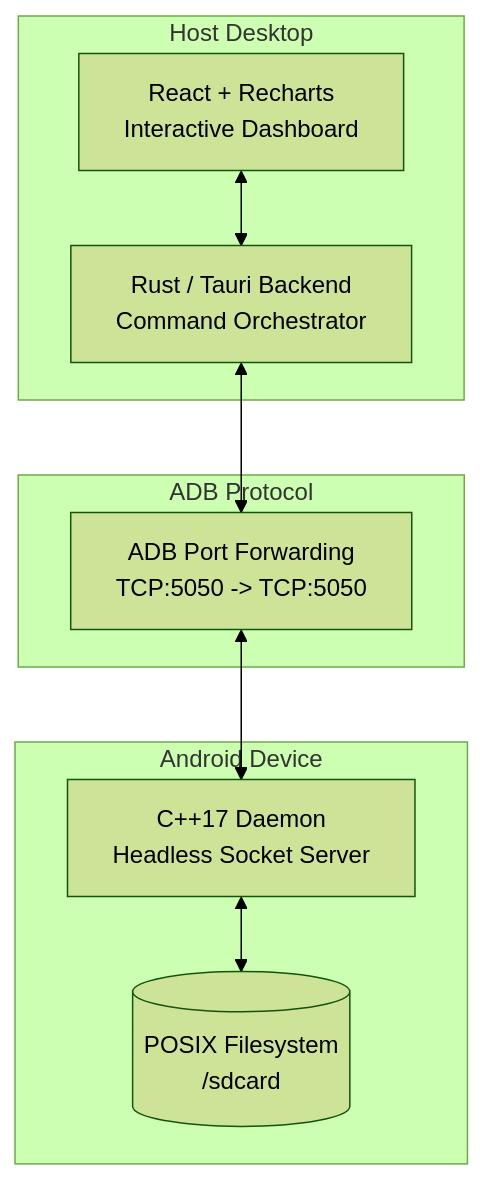
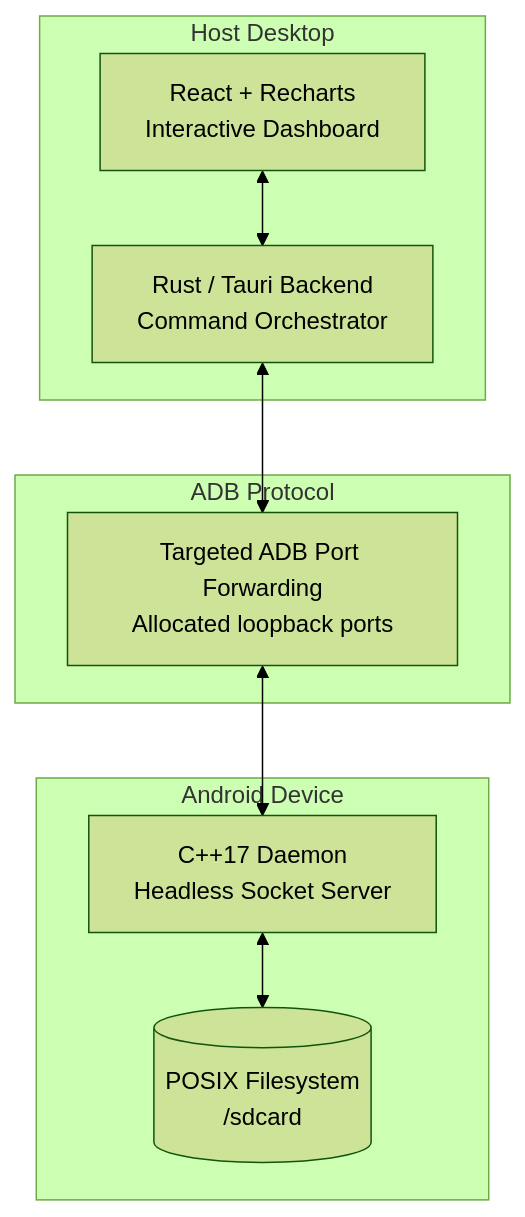
The first of 2 diagrams in README.md (VishnuSrivatsava/SocketSweep), drawn with Mermaid (forest theme) before and after one commit. The commit also changed other lines of this file and 12 other files, not shown here.

````diff
--- a/README.md
+++ b/README.md
@@ -155,23 +161,23 @@
 ```mermaid
 flowchart TB
     subgraph Host["Host Desktop"]
         UI["React + Recharts<br>Interactive Dashboard"]
         Bridge["Rust / Tauri Backend<br>Command Orchestrator"]
         
         UI <--> Bridge
     end
 
     subgraph Transport["ADB Protocol"]
-        Tunnel["ADB Port Forwarding<br>TCP:5050 -> TCP:5050"]
+        Tunnel["Targeted ADB Port Forwarding<br>Allocated loopback ports"]
     end
 
     subgraph Device["Android Device"]
         Daemon["C++17 Daemon<br>Headless Socket Server"]
         Storage[("POSIX Filesystem<br>/sdcard")]
         
         Daemon <--> Storage
     end
 
     Bridge <--> Tunnel
     Tunnel <--> Daemon
 ```
````
